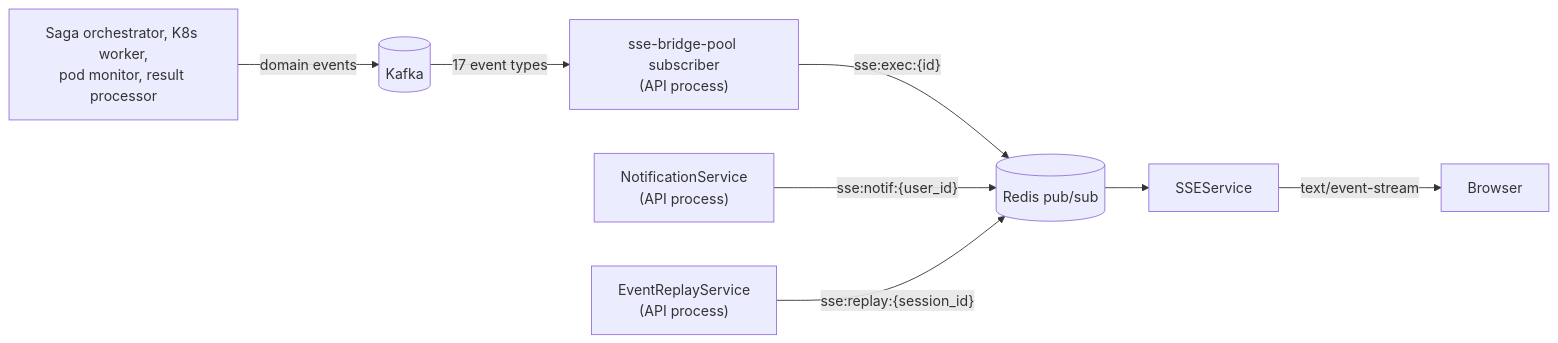
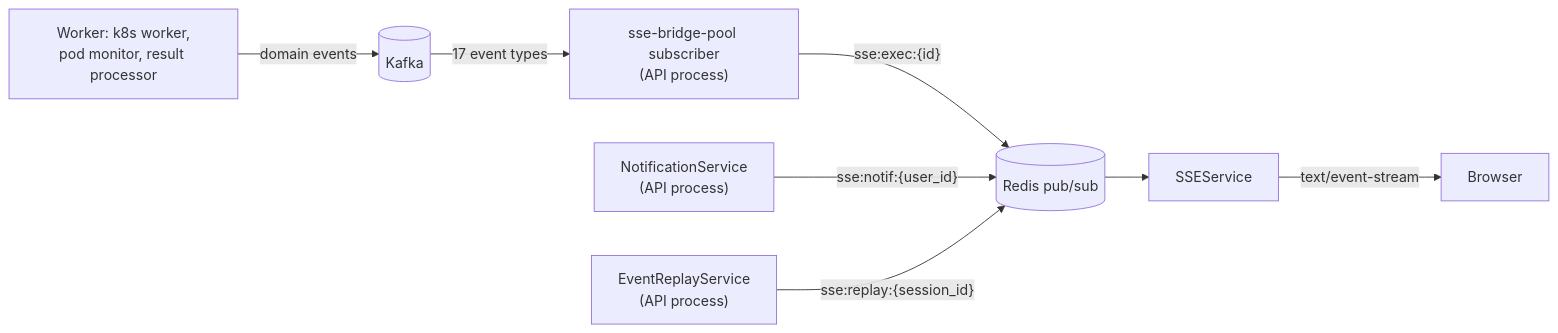
One commit to HardMax71/Integr8sCode changed the diagram in docs/components/sse/sse-architecture.md. Above: the diagram before and after it, drawn with Mermaid. The commit also changed 119 other files, not shown here.

First line of the commit message:
refactor: the worker runs executions without a saga, and cancel stops the pod (#428)

````diff
--- a/docs/components/sse/sse-architecture.md
+++ b/docs/components/sse/sse-architecture.md
@@ -5,10 +5,10 @@
 ```mermaid
 graph LR
-    Workers["Saga orchestrator, K8s worker,<br/>pod monitor, result processor"] -->|domain events| Kafka[(Kafka)]
+    Workers["Worker: k8s worker,<br/>pod monitor, result processor"] -->|domain events| Kafka[(Kafka)]
     Kafka -->|17 event types| Bridge["sse-bridge-pool subscriber<br/>(API process)"]
     Bridge -->|"sse:exec:{id}"| Redis[(Redis pub/sub)]
     Notif["NotificationService<br/>(API process)"] -->|"sse:notif:{user_id}"| Redis
     Replay["EventReplayService<br/>(API process)"] -->|"sse:replay:{session_id}"| Redis
     Redis --> SSE[SSEService]
     SSE -->|text/event-stream| Browser
 ```
````
